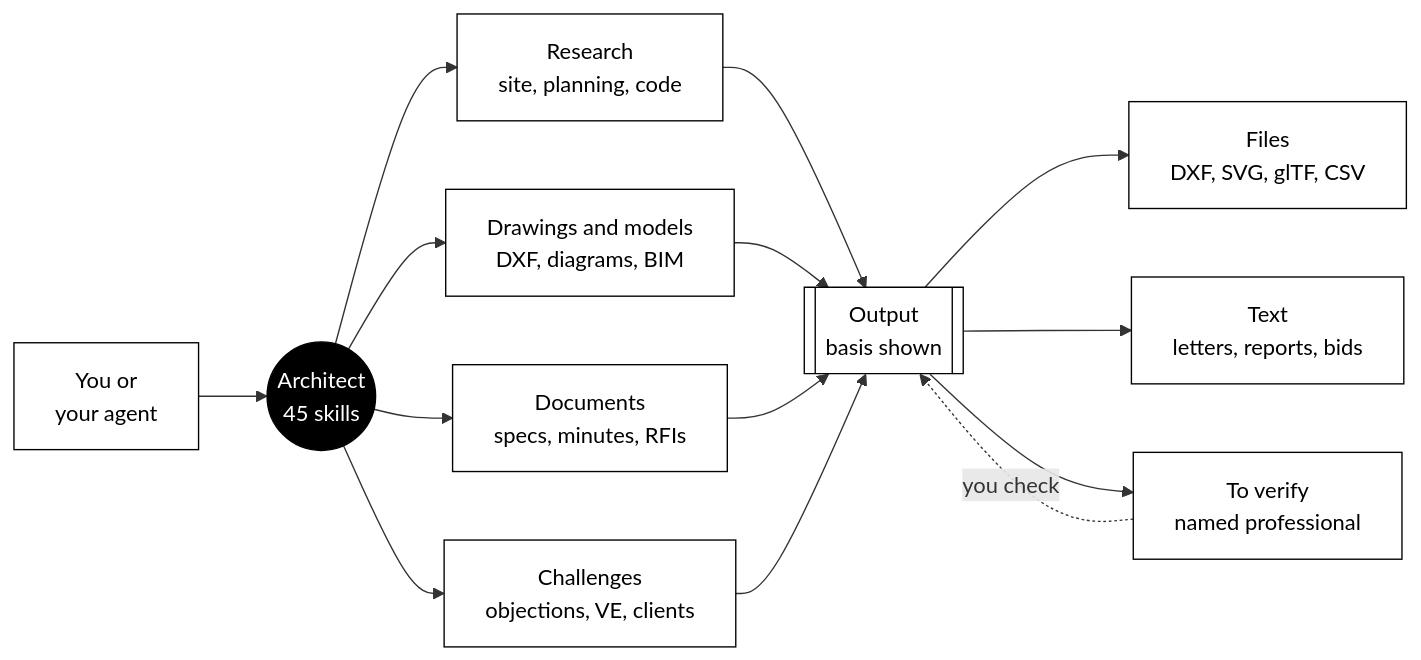
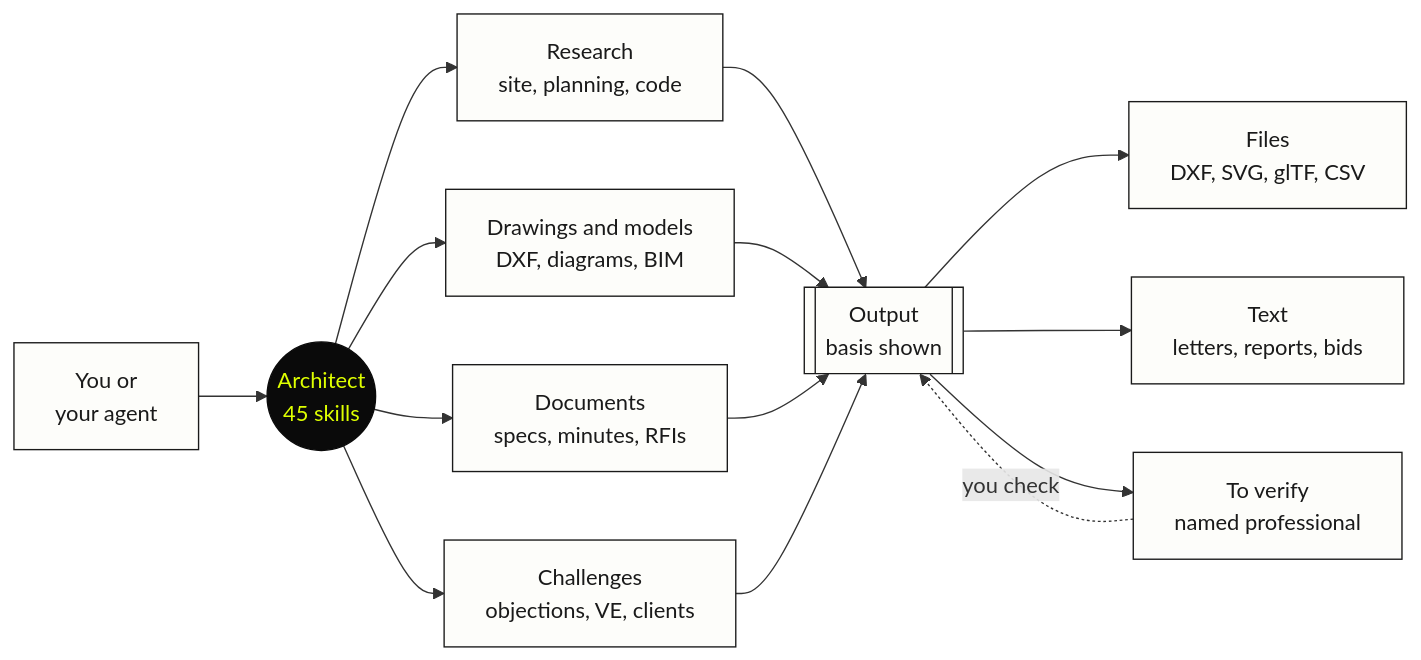
Before and after one commit to gaia-computer-technologies/architect: the first of 4 diagrams in README.md, drawn with Mermaid. The commit also changed other lines of this file and 12 other files, not shown here.

````diff
--- a/README.md
+++ b/README.md
@@ -77,21 +77,21 @@
 ```mermaid
 flowchart LR
     U["You or<br/>your agent"] --> A(("Architect<br/>45 skills"))
 
     A --> R["Research<br/>site, planning, code"]
     A --> D["Drawings and models<br/>DXF, diagrams, BIM"]
     A --> W["Documents<br/>specs, minutes, RFIs"]
     A --> C["Challenges<br/>objections, VE, clients"]
 
     R & D & W & C --> O[["Output<br/>basis shown"]]
 
     O --> F["Files<br/>DXF, SVG, glTF, CSV"]
     O --> T["Text<br/>letters, reports, bids"]
     O --> V["To verify<br/>named professional"]
     V -. "you check" .-> O
 
-    classDef core fill:#000000,stroke:#000000,color:#ffffff
-    classDef box fill:#ffffff,stroke:#000000,color:#000000
+    classDef core fill:#0A0A0A,stroke:#0A0A0A,color:#DEFF00
+    classDef box fill:#FDFDFA,stroke:#1A1A1A,color:#1A1A1A
     class A core
     class U,R,D,W,C,O,F,T,V box
 ```
````
